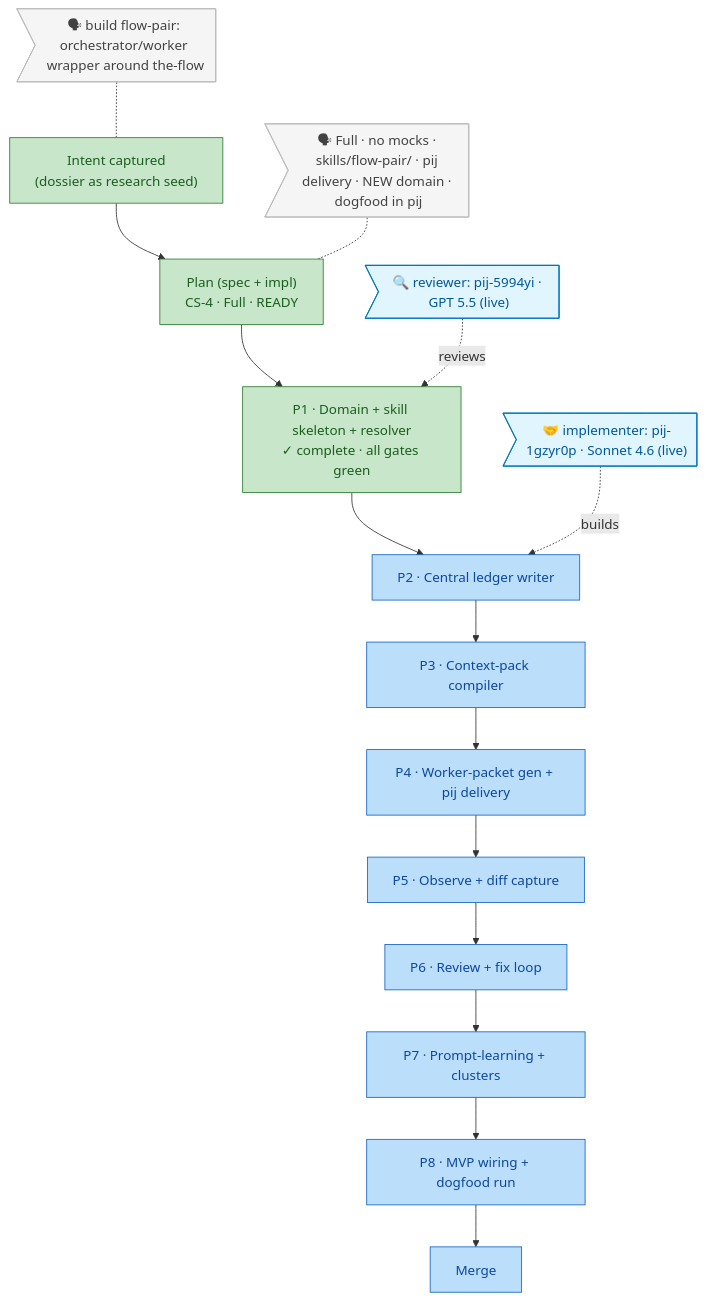
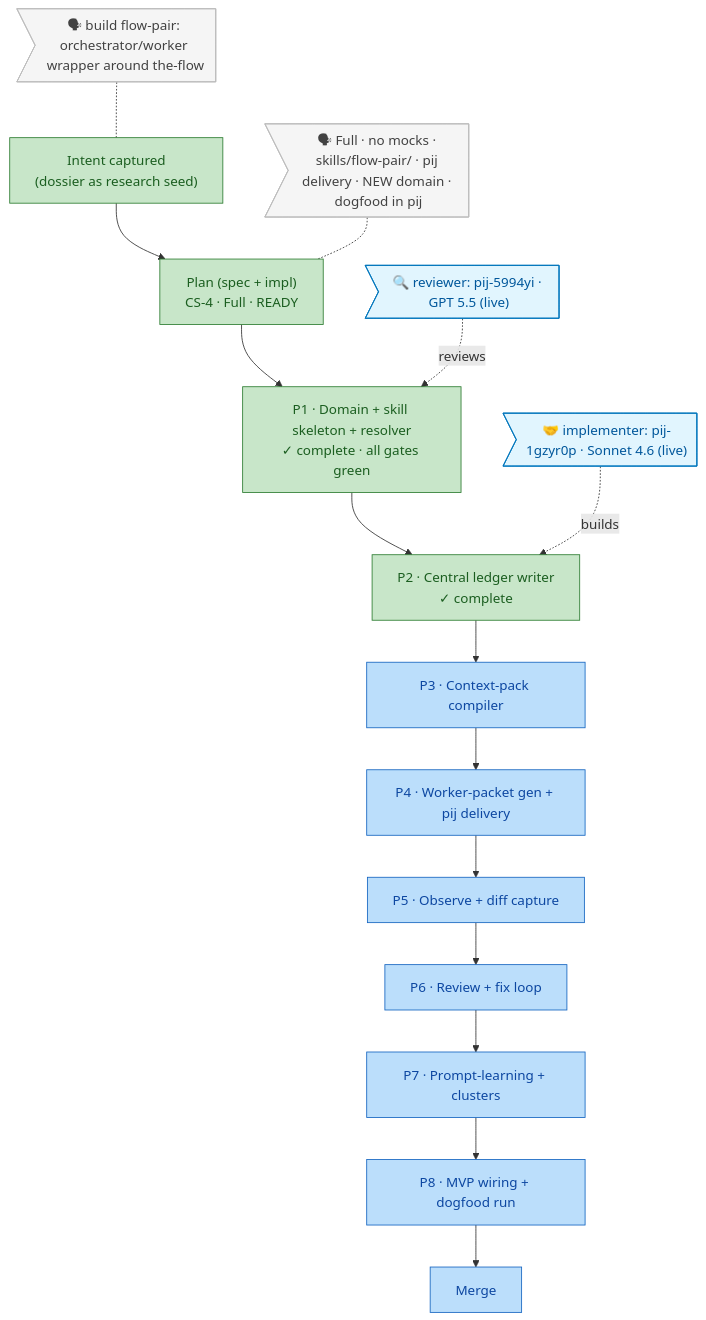
The diagram in docs/plans/016-flow-pair/the-flow.md (vaughanknight/pij), drawn with Mermaid before and after one commit. The commit also changed other lines of this file and 16 other files, not shown here.

First line of the commit message:
feat(flow-pair): Phase 2 — central ledger writer (LedgerWriter + schemas)

````diff
--- a/docs/plans/016-flow-pair/the-flow.md
+++ b/docs/plans/016-flow-pair/the-flow.md
@@ -5,34 +5,34 @@
 ```mermaid
 flowchart TD
   classDef done fill:#C8E6C9,stroke:#2E7D32,color:#1B5E20;
   classDef wip fill:#FFE0B2,stroke:#EF6C00,color:#E65100;
   classDef blocked fill:#FFCDD2,stroke:#C62828,color:#B71C1C;
   classDef known fill:#BBDEFB,stroke:#1565C0,color:#0D47A1;
   classDef assumed fill:#FFFFFF,stroke:#9E9E9E,color:#616161,stroke-dasharray:4 3;
   classDef said fill:#F5F5F5,stroke:#BDBDBD,color:#424242;
   classDef worker fill:#E1F5FE,stroke:#0277BD,color:#01579B;
 
   start["Intent captured<br/>(dossier as research seed)"]:::done
   plan["Plan (spec + impl)<br/>CS-4 · Full · READY"]:::done
   p1["P1 · Domain + skill skeleton + resolver<br/>✓ complete · all gates green"]:::done
-  p2["P2 · Central ledger writer"]:::known
+  p2["P2 · Central ledger writer<br/>✓ complete"]:::done
   p3["P3 · Context-pack compiler"]:::known
   p4["P4 · Worker-packet gen + pij delivery"]:::known
   p5["P5 · Observe + diff capture"]:::known
   p6["P6 · Review + fix loop"]:::known
   p7["P7 · Prompt-learning + clusters"]:::known
   p8["P8 · MVP wiring + dogfood run"]:::known
   merge["Merge"]:::known
 
   start --> plan --> p1 --> p2 --> p3 --> p4 --> p5 --> p6 --> p7 --> p8 --> merge
 
   worker>"🤝 implementer: pij-1gzyr0p · Sonnet 4.6 (live)"]:::worker
   reviewer>"🔍 reviewer: pij-5994yi · GPT 5.5 (live)"]:::worker
   worker -. builds .-> p2
   reviewer -. reviews .-> p1
 
   said_start>"🗣 build flow-pair: orchestrator/worker wrapper around the-flow"]:::said
   said_start -.- start
   said_plan>"🗣 Full · no mocks · skills/flow-pair/ · pij delivery · NEW domain · dogfood in pij"]:::said
   said_plan -.- plan
 ```
````
